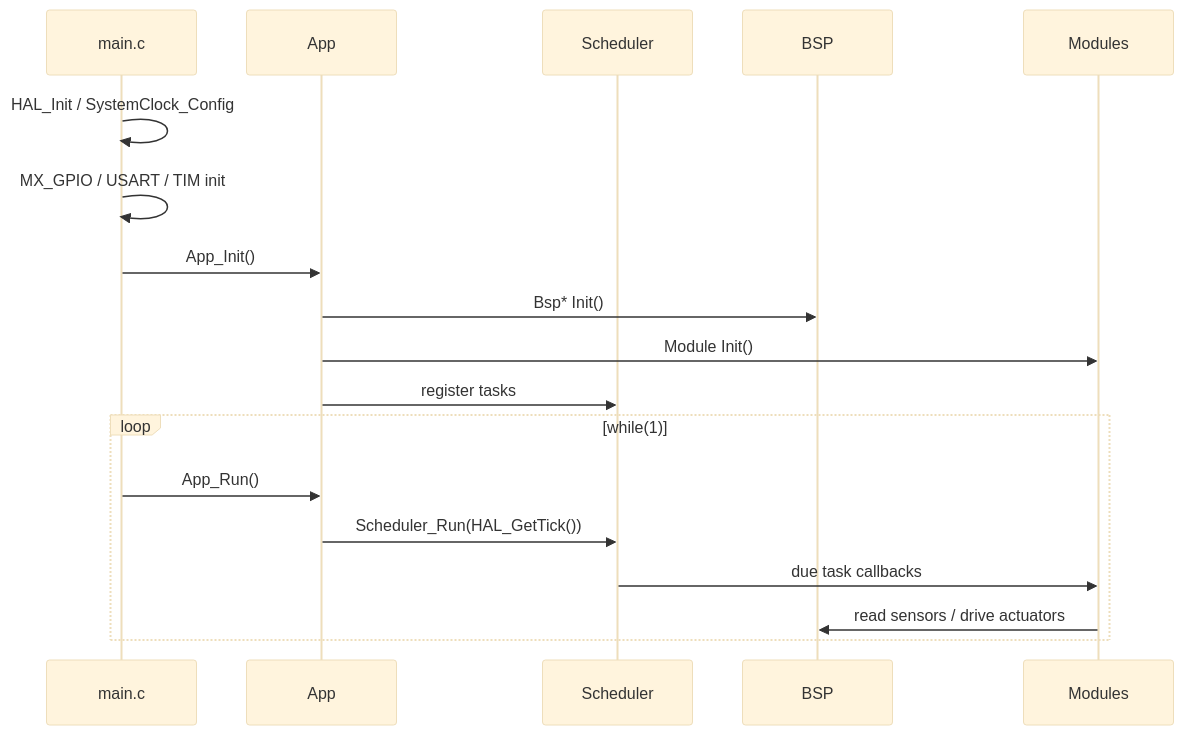
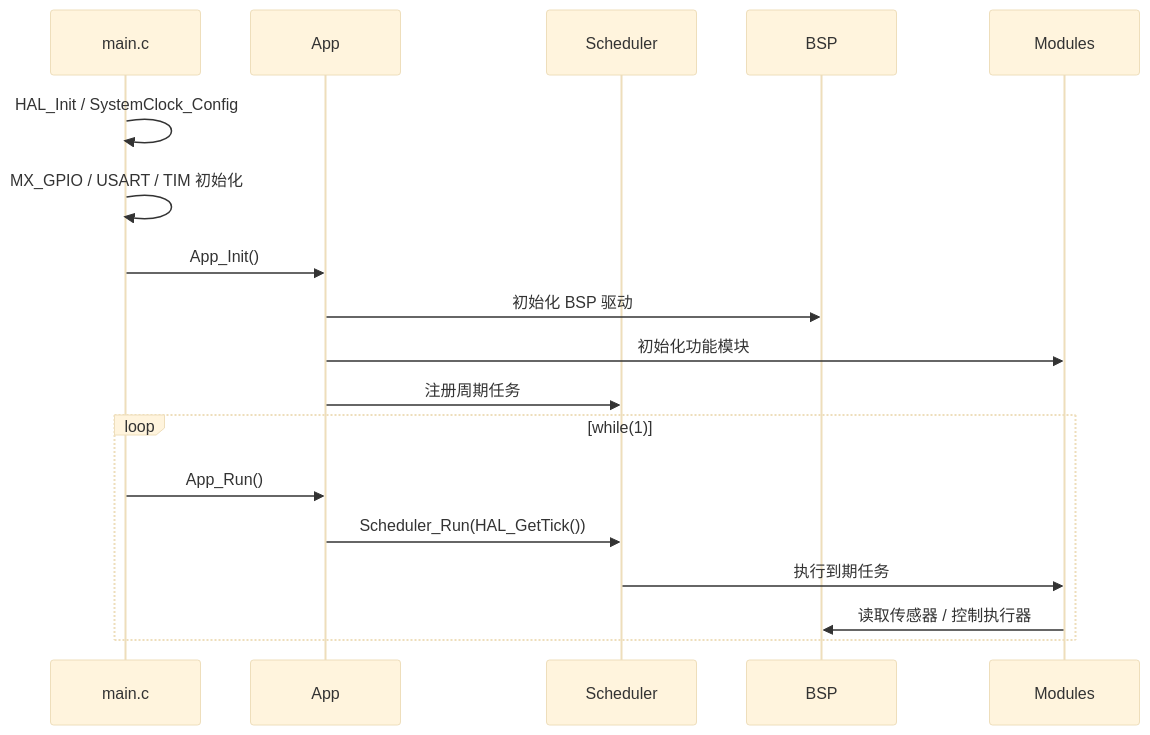
The second of 3 diagrams in FRAMEWORK.md (Reach-001/Car_Project), drawn with Mermaid (base theme) before and after one commit. The commit also changed other lines of this file and 1 other file, not shown here.

````diff
--- a/FRAMEWORK.md
+++ b/FRAMEWORK.md
@@ -38,21 +40,21 @@
 ```mermaid
 sequenceDiagram
     participant main as main.c
     participant app as App
     participant sched as Scheduler
     participant bsp as BSP
     participant modules as Modules
 
     main->>main: HAL_Init / SystemClock_Config
-    main->>main: MX_GPIO / USART / TIM init
+    main->>main: MX_GPIO / USART / TIM 初始化
     main->>app: App_Init()
-    app->>bsp: Bsp* Init()
-    app->>modules: Module Init()
-    app->>sched: register tasks
+    app->>bsp: 初始化 BSP 驱动
+    app->>modules: 初始化功能模块
+    app->>sched: 注册周期任务
     loop while(1)
         main->>app: App_Run()
         app->>sched: Scheduler_Run(HAL_GetTick())
-        sched->>modules: due task callbacks
-        modules->>bsp: read sensors / drive actuators
+        sched->>modules: 执行到期任务
+        modules->>bsp: 读取传感器 / 控制执行器
     end
 ```
````
